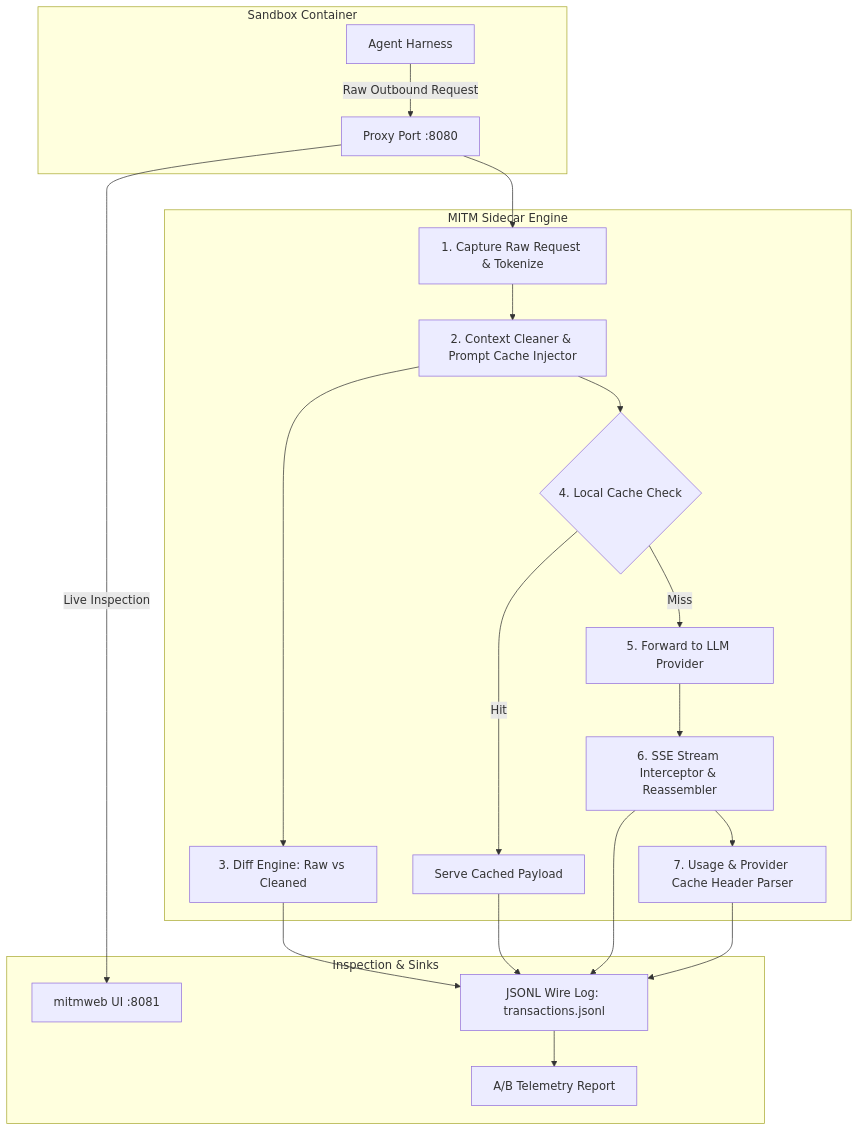
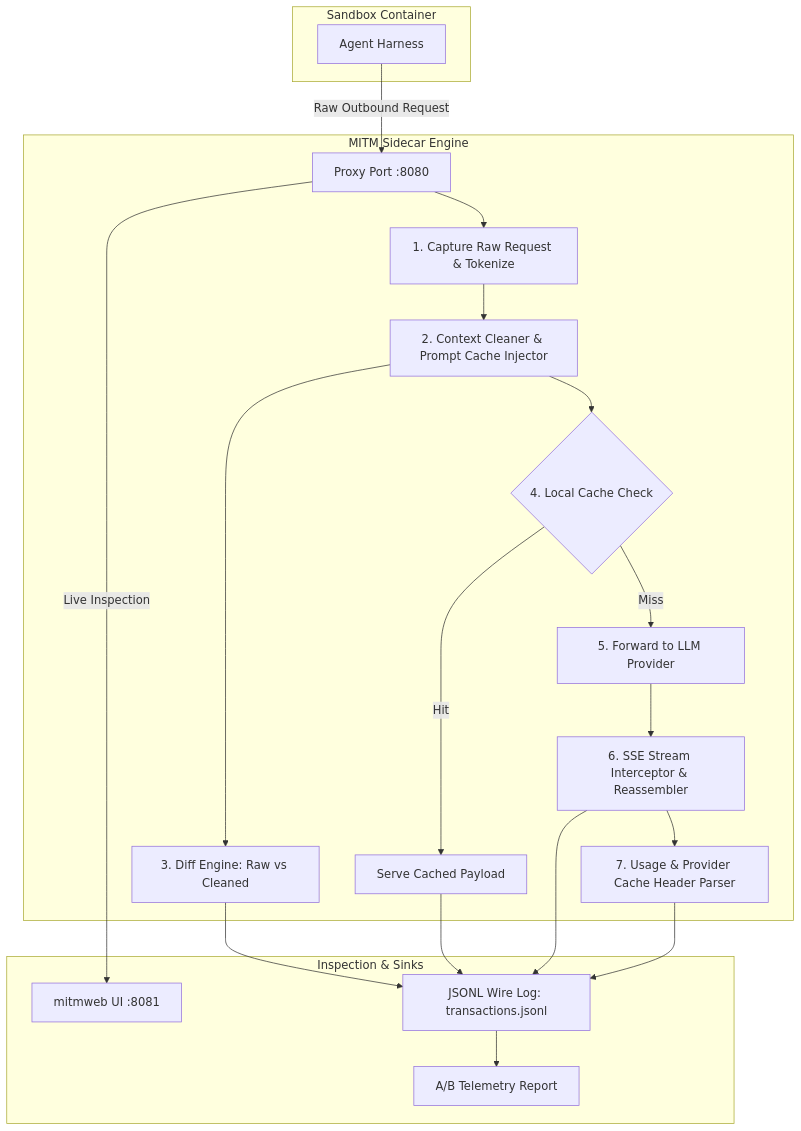
One commit to Holon-Agentic-Coder/holon-agentic-coder-ref-metadata changed the first of 2 diagrams in docs/optimisation/token_reduction_measurement_plan.md. Above: the diagram before and after it, drawn with Mermaid. The commit also changed other lines of this file, not shown here.

````diff
--- a/docs/optimisation/token_reduction_measurement_plan.md
+++ b/docs/optimisation/token_reduction_measurement_plan.md
@@ -48,28 +49,29 @@
 ```mermaid
 graph TD
     subgraph Sandbox Container
-        Agent[Agent Harness] -->|Raw Outbound Request| ProxyPort["Proxy Port :8080"]
+        Agent[Agent Harness]
     end
 
     subgraph MITM Sidecar Engine
+        Agent -->|Raw Outbound Request| ProxyPort["Proxy Port :8080"]
         ProxyPort --> RawCapture[1. Capture Raw Request & Tokenize]
         RawCapture --> Cleaner[2. Context Cleaner & Prompt Cache Injector]
         Cleaner --> DiffEngine[3. Diff Engine: Raw vs Cleaned]
         Cleaner --> CacheCheck{4. Local Cache Check}
 
         CacheCheck -->|Hit| LocalResp[Serve Cached Payload]
         CacheCheck -->|Miss| Upstream[5. Forward to LLM Provider]
 
         Upstream --> StreamInterceptor[6. SSE Stream Interceptor & Reassembler]
         StreamInterceptor --> UsageParser[7. Usage & Provider Cache Header Parser]
     end
 
     subgraph Inspection & Sinks
         ProxyPort -->|Live Inspection| WebUI["mitmweb UI :8081"]
         DiffEngine --> WireLogger["JSONL Wire Log: transactions.jsonl"]
         LocalResp --> WireLogger
         StreamInterceptor --> WireLogger
         UsageParser --> WireLogger
         WireLogger --> ABMetrics[A/B Telemetry Report]
     end
 ```
````
